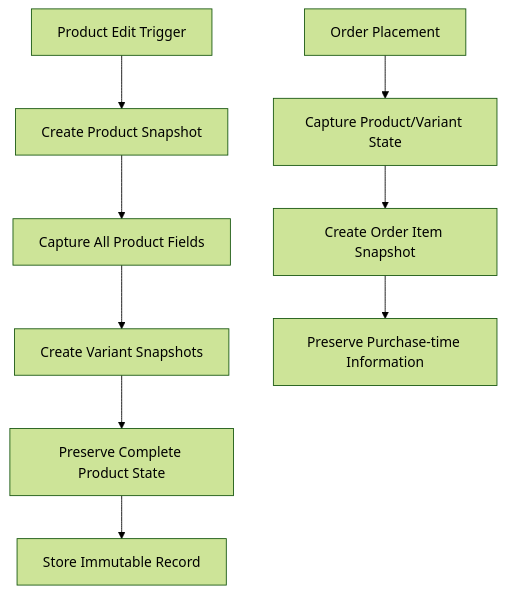
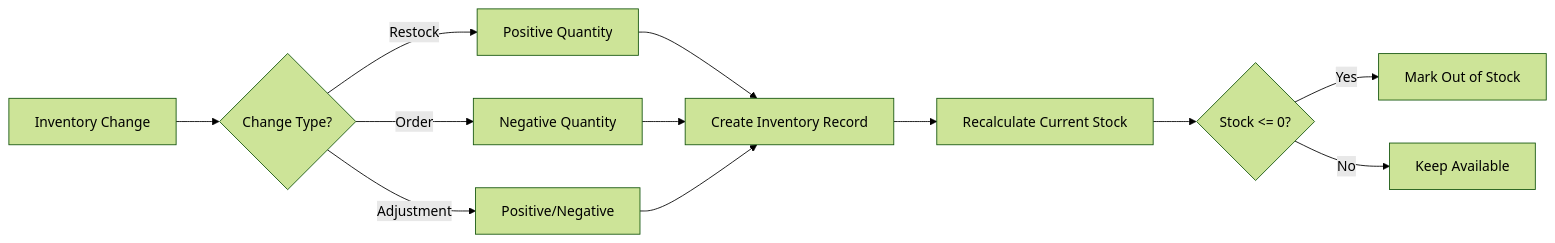
One commit to wrtnlabs/autobe-examples changed the second of 2 diagrams in deepseek/deepseek-v3.1-terminus-exacto/shopping/docs/analysis/05-product-catalog.md. Above: the diagram before and after it, drawn with Mermaid (forest theme). The commit also changed other lines of this file and 11104 other files, not shown here.

````diff
--- a/deepseek/deepseek-v3.1-terminus-exacto/shopping/docs/analysis/05-product-catalog.md
+++ b/deepseek/deepseek-v3.1-terminus-exacto/shopping/docs/analysis/05-product-catalog.md
@@ -160,12 +140,14 @@
 ```mermaid
-graph TB
-    A["Product Edit Trigger"] --> B["Create Product Snapshot"]
-    B --> C["Capture All Product Fields"]
-    C --> D["Create Variant Snapshots"]
-    D --> E["Preserve Complete Product State"]
-    E --> F["Store Immutable Record"]
-    
-    G["Order Placement"] --> H["Capture Product/Variant State"]
-    H --> I["Create Order Item Snapshot"]
-    I --> J["Preserve Purchase-time Information"]
+graph LR
+    A["Inventory Change"] --> B{"Change Type?"}
+    B -->|Restock| C["Positive Quantity"]
+    B -->|Order| D["Negative Quantity"]
+    B -->|Adjustment| E["Positive/Negative"]
+    C --> F["Create Inventory Record"]
+    D --> F
+    E --> F
+    F --> G["Recalculate Current Stock"]
+    G --> H{"Stock <= 0?"}
+    H -->|Yes| I["Mark Out of Stock"]
+    H -->|No| J["Keep Available"]
 ```
````
